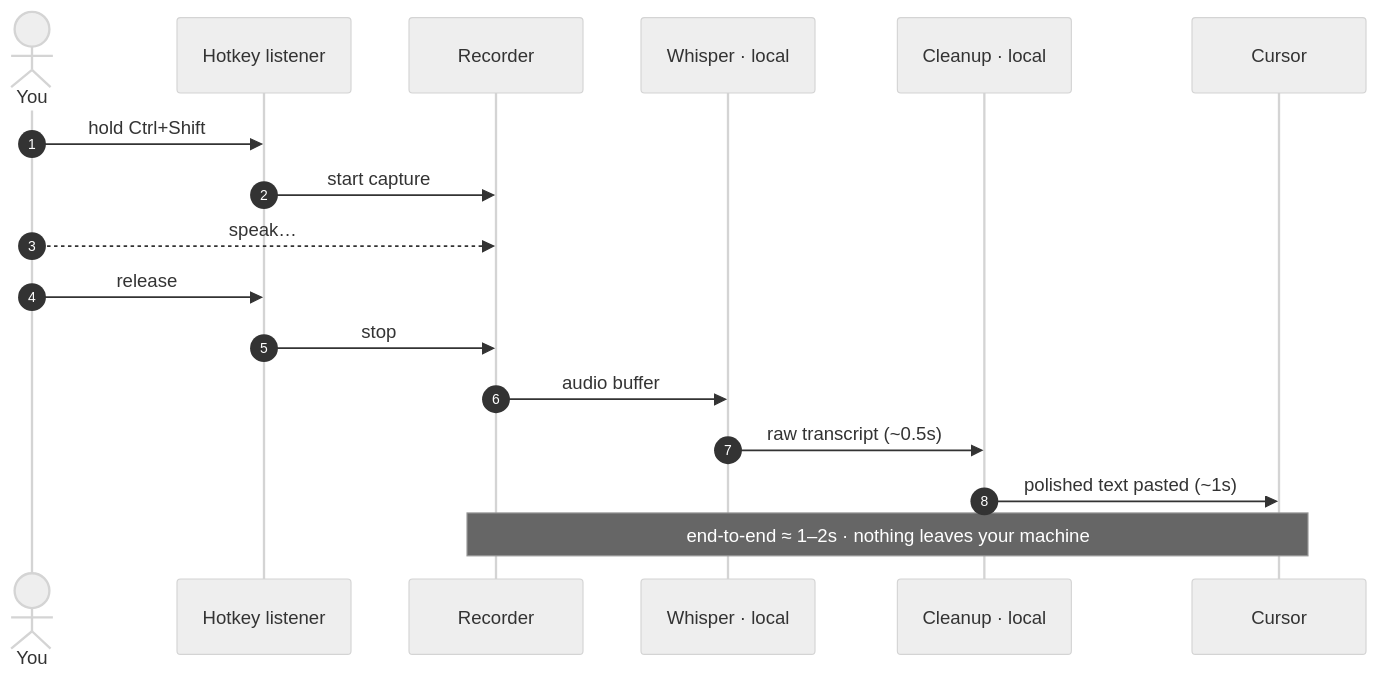
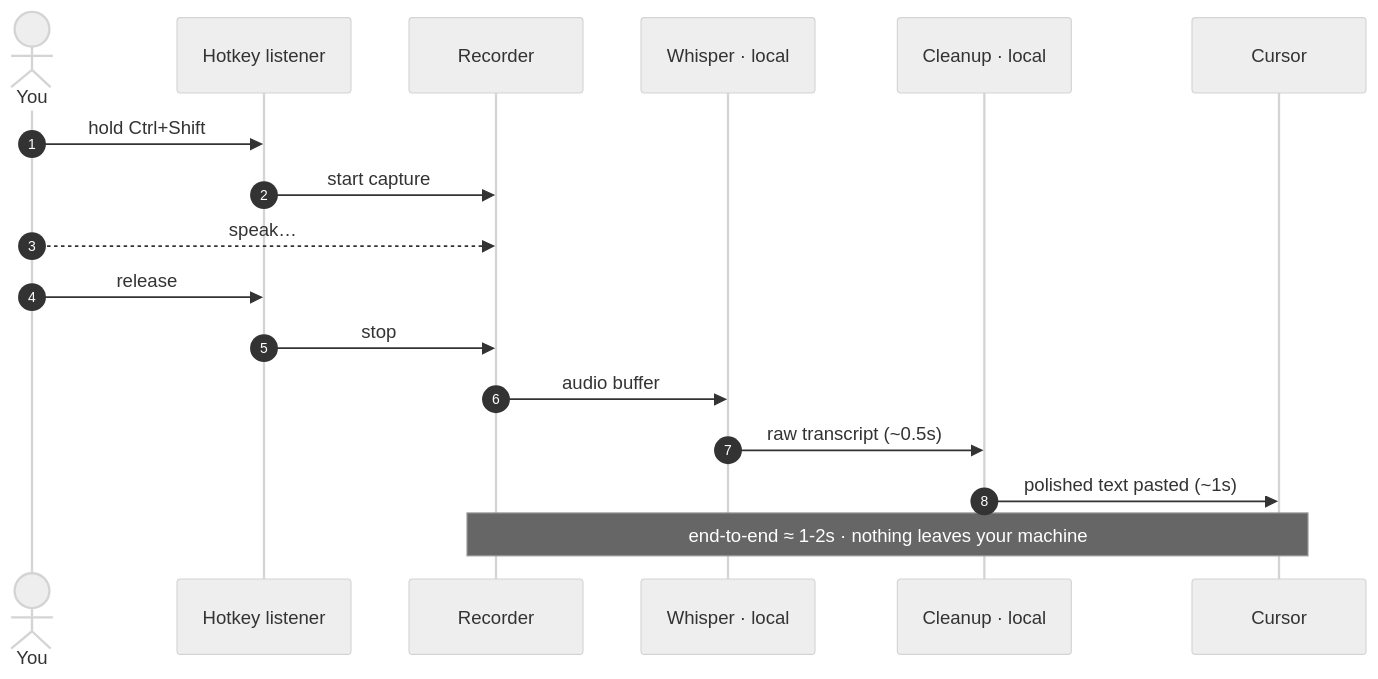
One commit to JOhnsonKC201/Echo_FLOW changed the third of 3 diagrams in README.md. Above: the diagram before and after it, drawn with Mermaid (neutral theme). The commit also changed other lines of this file and 1 other file, not shown here.

````diff
--- a/README.md
+++ b/README.md
@@ -186,19 +186,19 @@
 ```mermaid
 sequenceDiagram
     autonumber
     actor You
     participant H as Hotkey listener
     participant R as Recorder
     participant W as Whisper · local
     participant P as Cleanup · local
     participant Cur as Cursor
     You->>H: hold Ctrl+Shift
     H->>R: start capture
     You-->>R: speak…
     You->>H: release
     H->>R: stop
     R->>W: audio buffer
     W->>P: raw transcript (~0.5s)
     P->>Cur: polished text pasted (~1s)
-    Note over R,Cur: end-to-end ≈ 1–2s · nothing leaves your machine
+    Note over R,Cur: end-to-end ≈ 1-2s · nothing leaves your machine
 ```
````
